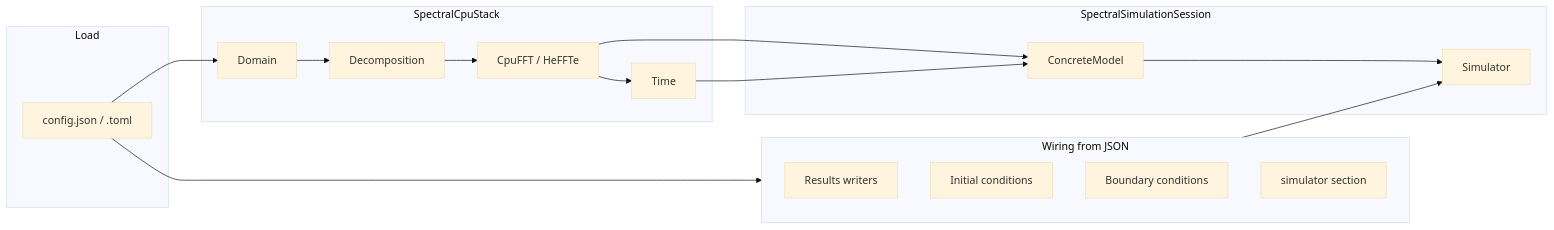
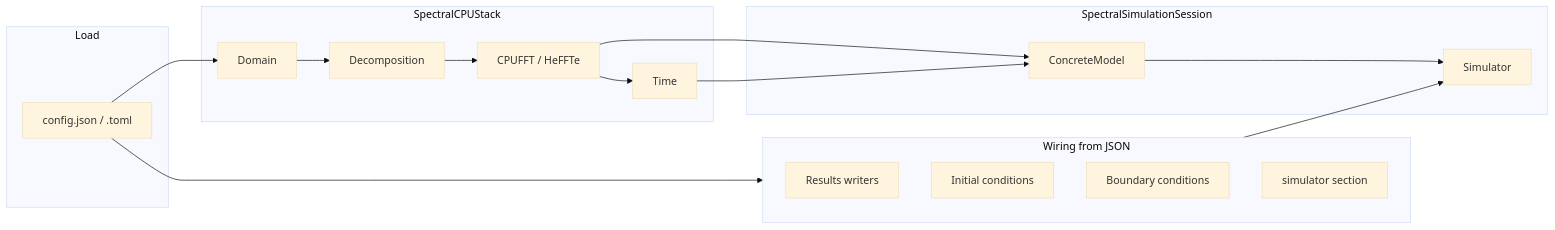
Before and after one commit to VTT-ProperTune/OpenPFC: the diagram in docs/user_guide/app_pipeline.md, drawn with Mermaid (base theme). The commit also changed other lines of this file and 183 other files, not shown here.

````diff
--- a/docs/user_guide/app_pipeline.md
+++ b/docs/user_guide/app_pipeline.md
@@ -14,28 +14,28 @@
 ```mermaid
 flowchart LR
   subgraph load [Load]
     A[config.json / .toml]
   end
-  subgraph stack [SpectralCpuStack]
+  subgraph stack [SpectralCPUStack]
     W[Domain]
     D[Decomposition]
-    F[CpuFFT / HeFFTe]
+    F[CPUFFT / HeFFTe]
     T[Time]
   end
   subgraph session [SpectralSimulationSession]
     M[ConcreteModel]
     S[Simulator]
   end
   subgraph wire [Wiring from JSON]
     RW[Results writers]
     IC[Initial conditions]
     BC[Boundary conditions]
     SM[simulator section]
   end
   A --> W --> D --> F --> T
   F --> M
   T --> M
   M --> S
   A --> wire
   wire --> S
 ```
````
